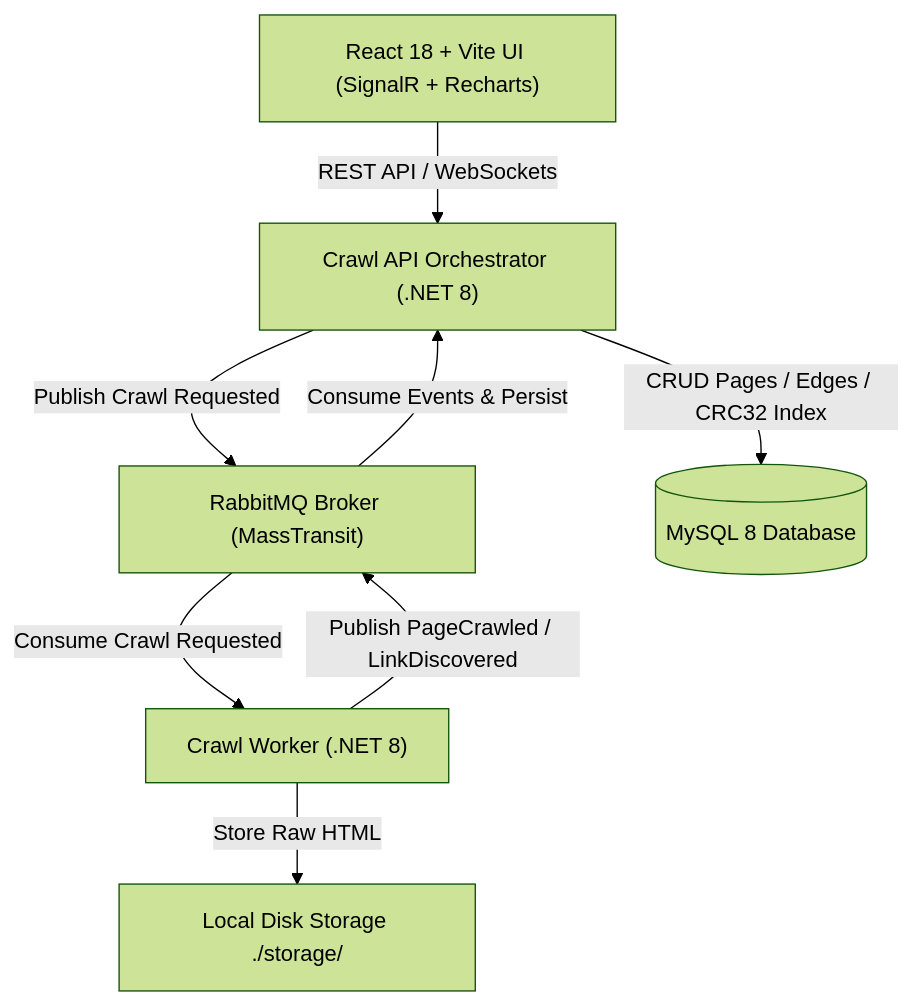
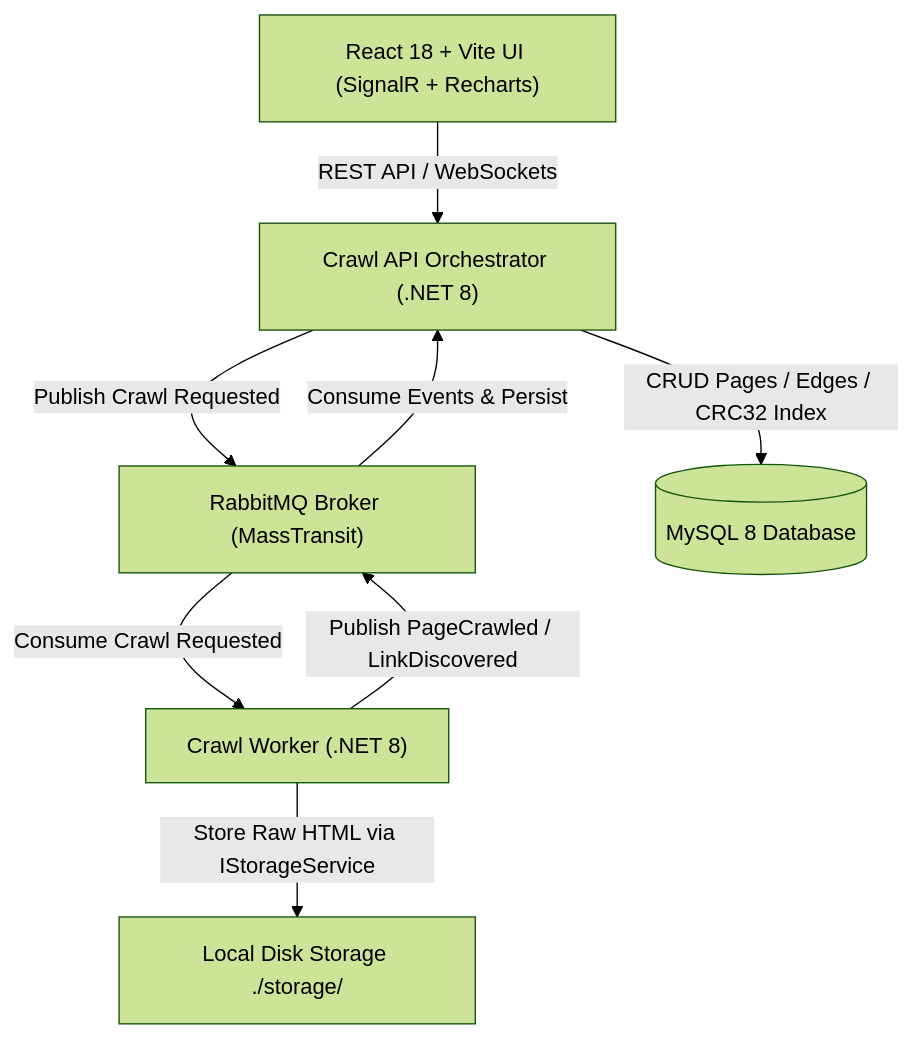
Before and after one commit to neimanpinchas/alteva_assiesmesnt: the first of 2 diagrams in README.md, drawn with Mermaid (forest theme). The commit also changed other lines of this file and 8 other files, not shown here.

Commit message:
feat: complete section 5 and 6 requirements - IStorageService with MockS3 implementation, HAXE.md docs, OpenAPI spec, speed/time metrics, and live sidebar updates

````diff
--- a/README.md
+++ b/README.md
@@ -12,10 +14,10 @@
 ```mermaid
 flowchart TD
     UI["React 18 + Vite UI (SignalR + Recharts)"] -->|REST API / WebSockets| API["Crawl API Orchestrator (.NET 8)"]
     API -->|Publish Crawl Requested| RMQ["RabbitMQ Broker (MassTransit)"]
     RMQ -->|Consume Crawl Requested| WORKER["Crawl Worker (.NET 8)"]
     WORKER -->|Publish PageCrawled / LinkDiscovered| RMQ
     RMQ -->|Consume Events & Persist| API
     API -->|CRUD Pages / Edges / CRC32 Index| DB[("MySQL 8 Database")]
-    WORKER -->|Store Raw HTML| DISK["Local Disk Storage ./storage/"]
+    WORKER -->|Store Raw HTML via IStorageService| DISK["Local Disk Storage ./storage/"]
 ```
````
